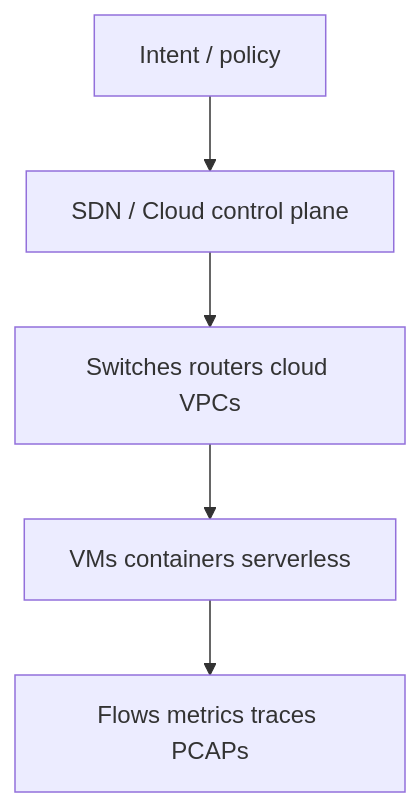
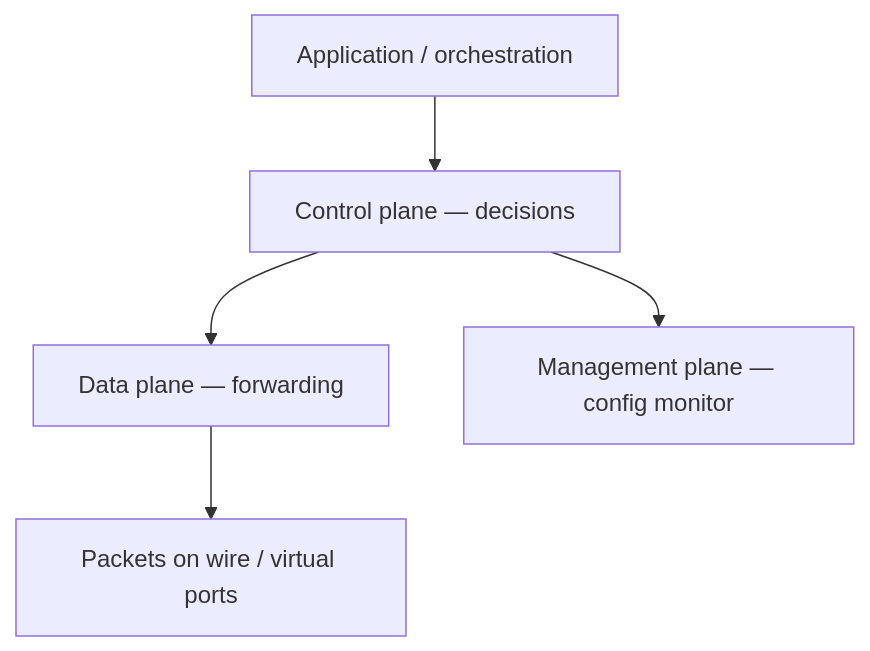
The first of 8 diagrams in learning/12-modern-networking.md (omnayak27199/pktana), drawn with Mermaid before and after one commit. The commit also changed other lines of this file and 14 other files, not shown here.

````diff
--- a/learning/12-modern-networking.md
+++ b/learning/12-modern-networking.md
@@ -11,7 +15,8 @@
 ```mermaid
 flowchart TB
-  Intent[Intent / policy] --> Controller[SDN / Cloud control plane]
-  Controller --> Fabric[Switches routers cloud VPCs]
-  Fabric --> Workloads[VMs containers serverless]
-  Workloads --> Observability[Flows metrics traces PCAPs]
+  App[Application / orchestration]
+  App --> Ctrl[Control plane — decisions]
+  Ctrl --> Data[Data plane — forwarding]
+  Ctrl --> Mgmt[Management plane — config monitor]
+  Data --> Wire[Packets on wire / virtual ports]
 ```
````
